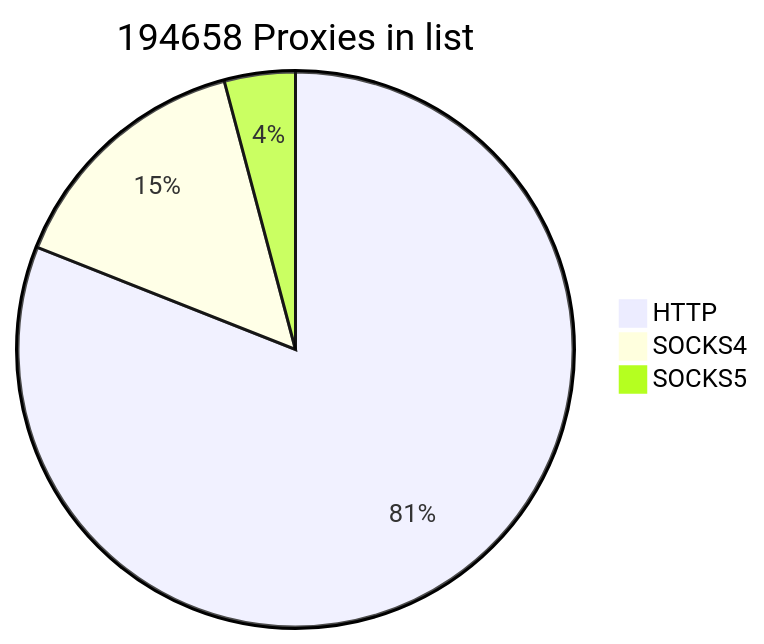
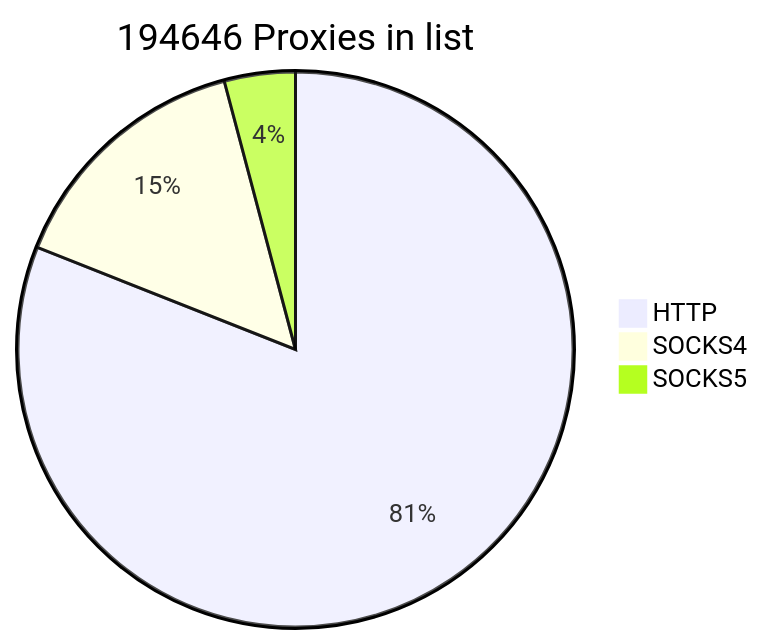
One commit to cutipu/proxylist changed the first of 2 diagrams in README.md. Above: the diagram before and after it, drawn with Mermaid. The commit also changed other lines of this file, not shown here.

````diff
--- a/README.md
+++ b/README.md
@@ -2,7 +2,7 @@
 ```mermaid
-pie title 194658 Proxies in list
-    "HTTP" : 157667
-    "SOCKS4" : 28955
+pie title 194646 Proxies in list
+    "HTTP" : 157654
+    "SOCKS4" : 28956
     "SOCKS5" : 8036
             
 ```
````
